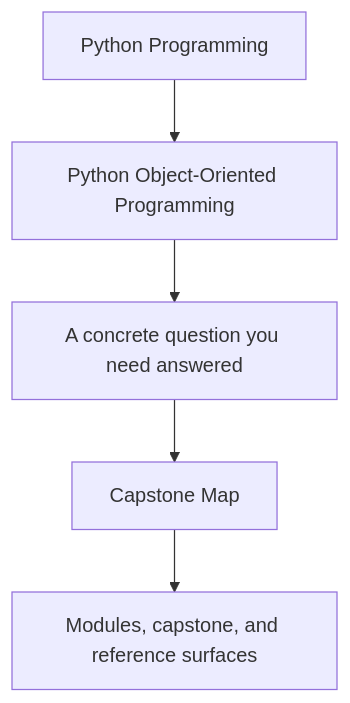
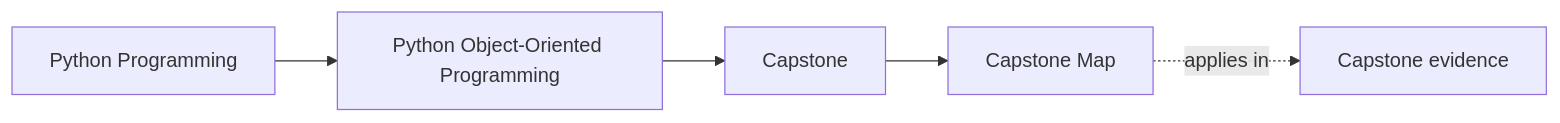
Before and after one commit to bijux/bijux-masterclass: the first of 2 diagrams in programs/python-programming/python-object-oriented-programming/course-book/capstone/capstone-map.md, drawn with Mermaid. The commit also changed other lines of this file and 103 other files, not shown here.

Commit message:
docs(python-object-oriented-programming): map sustainment and capstone surfaces

````diff
--- a/programs/python-programming/python-object-oriented-programming/course-book/capstone/capstone-map.md
+++ b/programs/python-programming/python-object-oriented-programming/course-book/capstone/capstone-map.md
@@ -7,7 +7,11 @@
 ```mermaid
-flowchart TD
-  family["Python Programming"] --> program["Python Object-Oriented Programming"]
-  program --> pressure["A concrete question you need answered"]
-  pressure --> guide["Capstone Map"]
-  guide --> next["Modules, capstone, and reference surfaces"]
+graph LR
+  family["Python Programming"]
+  program["Python Object-Oriented Programming"]
+  section["Capstone"]
+  page["Capstone Map"]
+  capstone["Capstone evidence"]
+
+  family --> program --> section --> page
+  page -.applies in.-> capstone
 ```
````
